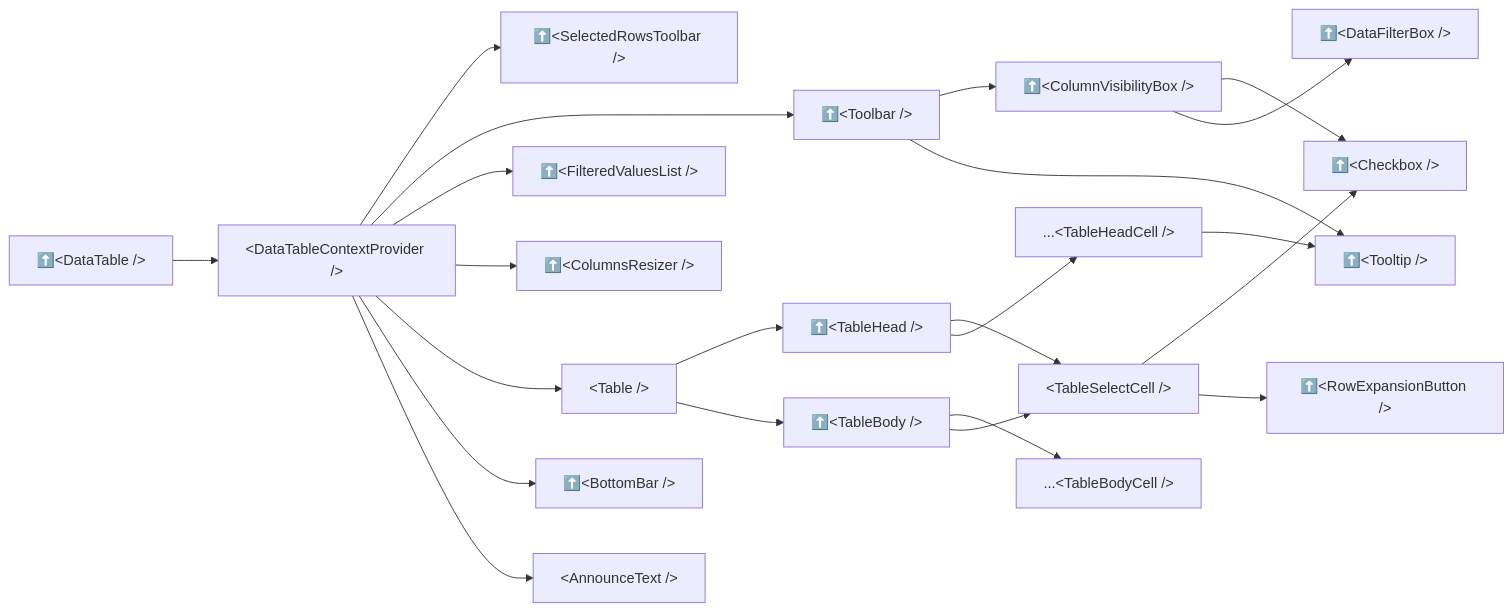
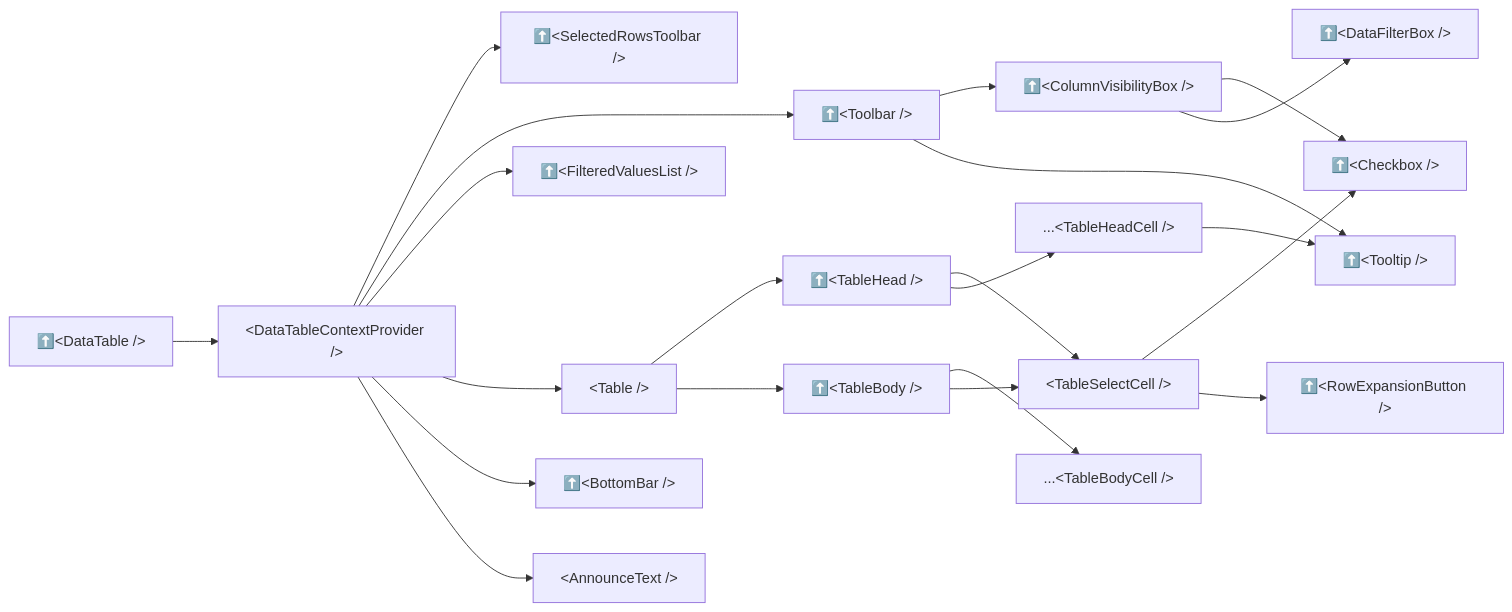
Before and after one commit to sensasi-delight/mui-datatable-delight: the diagram in docs/app/(main)/docs/_mds/getting-started/anatomy.mdx, drawn with Mermaid. The commit also changed other lines of this file and 13 other files, not shown here.

````diff
--- a/docs/app/(main)/docs/_mds/getting-started/anatomy.mdx
+++ b/docs/app/(main)/docs/_mds/getting-started/anatomy.mdx
@@ -5,53 +5,50 @@
 ```mermaid
 flowchart LR;
     DataTable[⬆️&lt;DataTable />]
     DCP[&lt;DataTableContextProvider />]
 
     DataTable-->DCP
 
     SelectedRowsToolbar[⬆️&lt;SelectedRowsToolbar />]
     DCP-->SelectedRowsToolbar
 
     Toolbar[⬆️&lt;Toolbar />]
     ColumnVisibilityBox[⬆️&lt;ColumnVisibilityBox />]
     DataFilterBox[⬆️&lt;DataFilterBox />]
     Tooltip[⬆️&lt;Tooltip />]
     Checkbox[⬆️&lt;Checkbox />]
 
     ColumnVisibilityBox-->Checkbox
     DCP-->Toolbar-->ColumnVisibilityBox-->DataFilterBox
     Toolbar-->Tooltip
 
     RowExpansionButton[⬆️&lt;RowExpansionButton />]
 
     FilteredValuesList[⬆️&lt;FilteredValuesList />]
     DCP-->FilteredValuesList
-
-    ColumnsResizer[⬆️&lt;ColumnsResizer />]
-    DCP-->ColumnsResizer
 
     Table[&lt;Table />]
     DCP-->Table
 
     BottomBar[⬆️&lt;BottomBar />]
     DCP-->BottomBar
 
     AnnounceText[&lt;AnnounceText />]
     DCP-->AnnounceText
 
     Table-->TH[⬆️&lt;TableHead />]
     Table-->TB[⬆️&lt;TableBody />]
 
     TableSelectCell[&lt;TableSelectCell />]
 
     TH-->TableSelectCell
     TableSelectCell-->Checkbox
     TableSelectCell-->RowExpansionButton
 
     THC[...&lt;TableHeadCell />]
     TH-->THC-->Tooltip
 
     TBC[...&lt;TableBodyCell />]
     TB-->TBC
     TB-->TableSelectCell
 ```
````
